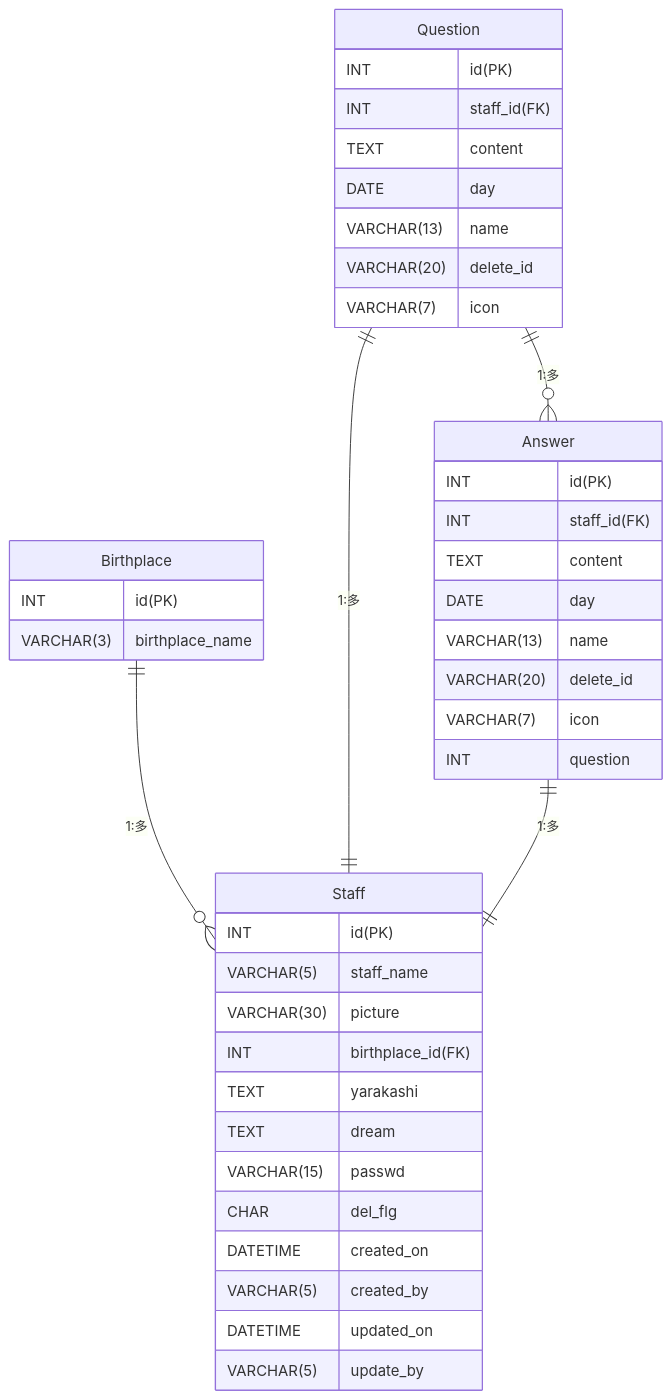
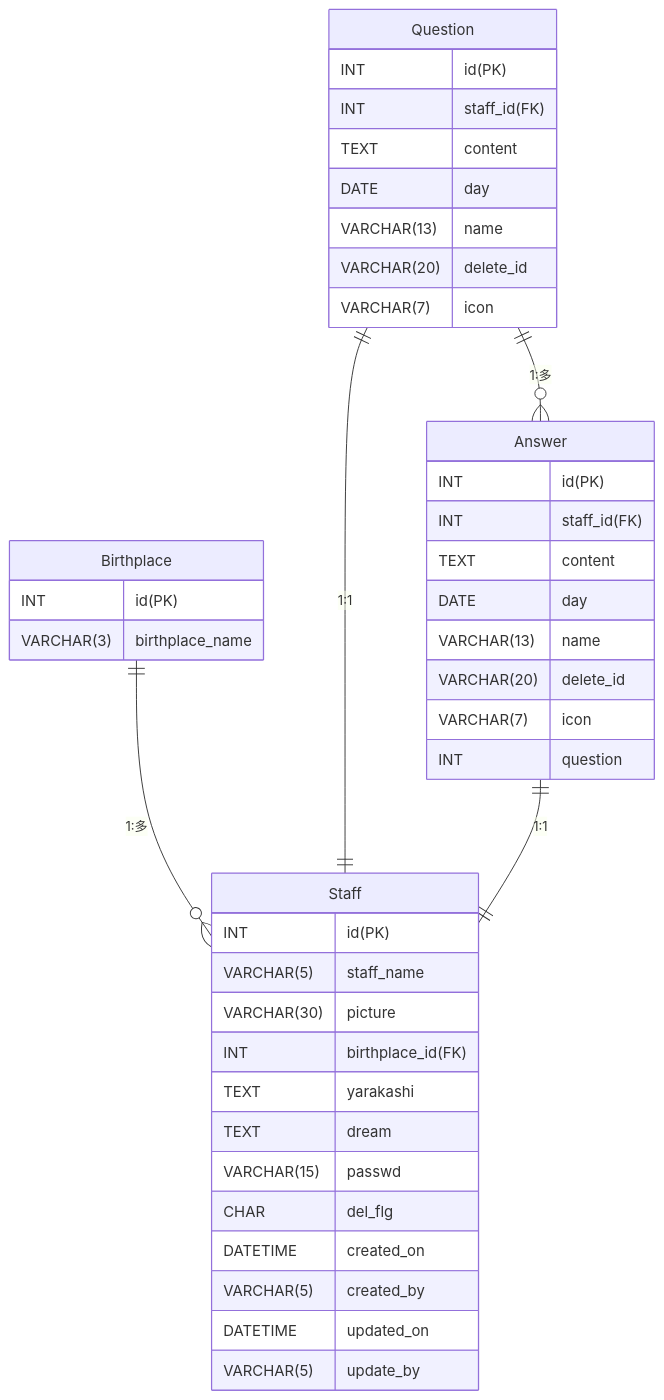
The diagram in er.md (juntaso/kintone), drawn with Mermaid before and after one commit.

````diff
--- a/er.md
+++ b/er.md
@@ -1,51 +1,51 @@
 ```mermaid
 erDiagram
 
 Question ||--o{ Answer: "1:多"
 Birthplace ||--o{ Staff: "1:多"
-Question ||--|| Staff: "1:多"
-Answer ||--|| Staff: "1:多"
+Question ||--|| Staff: "1:1"
+Answer ||--|| Staff: "1:1"
 
 Question{
 INT id(PK)
 INT staff_id(FK)
 TEXT content
 DATE day
 VARCHAR(13) name
 VARCHAR(20) delete_id
 VARCHAR(7) icon
 }
 
 Answer{
 INT id(PK)
 INT staff_id(FK)
 TEXT content
 DATE day
 VARCHAR(13) name
 VARCHAR(20) delete_id
 VARCHAR(7) icon
 INT question
 }
 
 Staff{
  INT id(PK)
  VARCHAR(5) staff_name
  VARCHAR(30) picture
  INT birthplace_id(FK)
  TEXT yarakashi
  TEXT dream
  VARCHAR(15) passwd
  CHAR del_flg
  DATETIME created_on
  VARCHAR(5) created_by
  DATETIME updated_on
  VARCHAR(5) update_by
 }
 
 Birthplace{
 INT id(PK)
 VARCHAR(3) birthplace_name
 }
 
 
 ```
````
